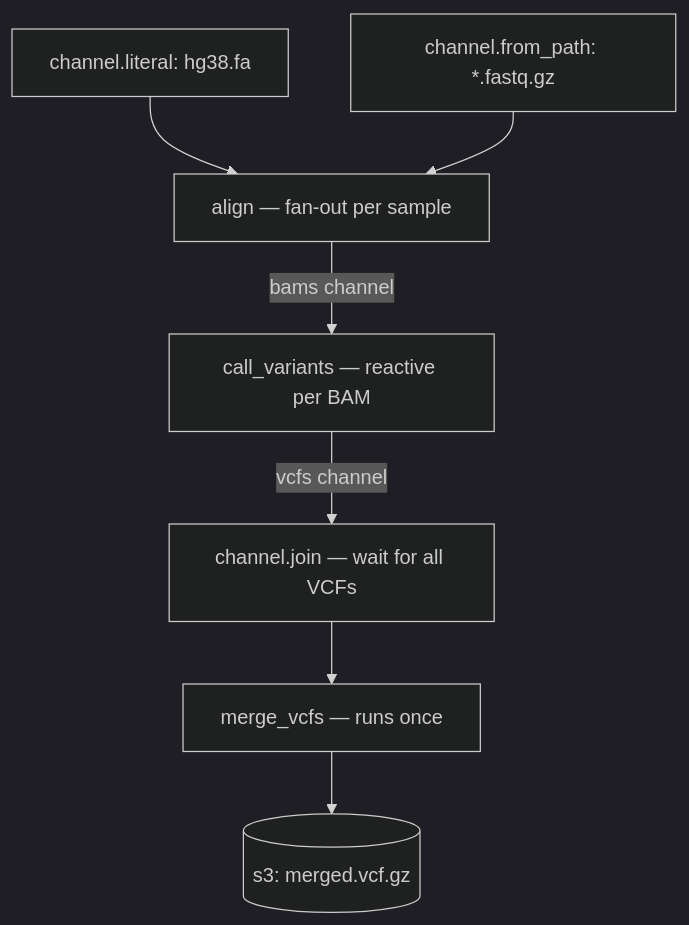
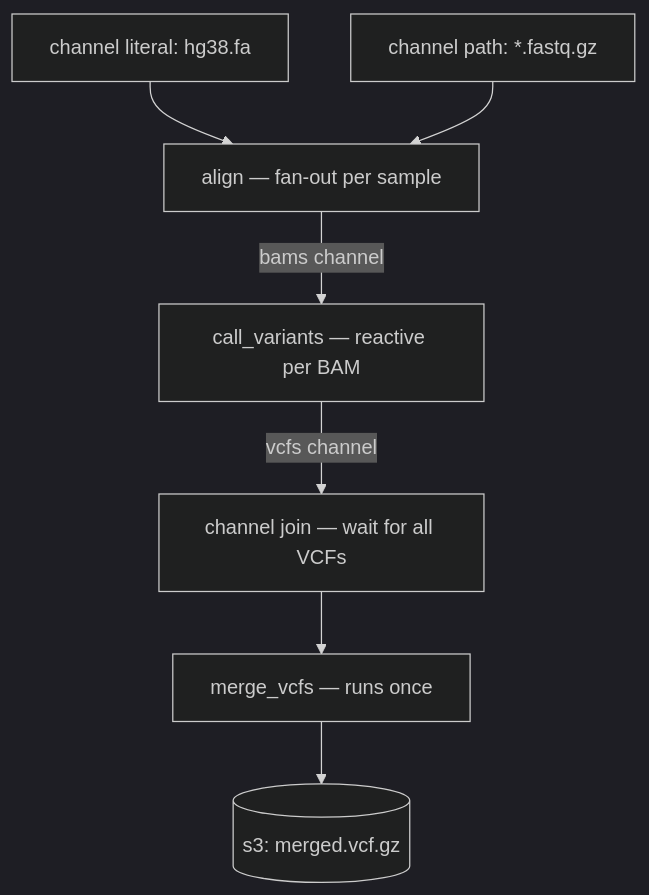
One commit to john-eevee/azoth changed the first of 2 diagrams in docs/dsl/concepts.md. Above: the diagram before and after it, drawn with Mermaid (dark theme). The commit also changed other lines of this file and 13 other files, not shown here.

````diff
--- a/docs/dsl/concepts.md
+++ b/docs/dsl/concepts.md
@@ -231,9 +224,9 @@
 ```mermaid
 graph TD
-    Ref[channel.literal: hg38.fa] --> Align
-    Samples[channel.from_path: *.fastq.gz] --> Align[align — fan-out per sample]
+    Ref[channel literal: hg38.fa] --> Align
+    Samples[channel path: *.fastq.gz] --> Align[align — fan-out per sample]
     Align -->|bams channel| Variants[call_variants — reactive per BAM]
-    Variants -->|vcfs channel| Join[channel.join — wait for all VCFs]
+    Variants -->|vcfs channel| Join[channel join — wait for all VCFs]
     Join --> Merge[merge_vcfs — runs once]
     Merge --> Output[(s3: merged.vcf.gz)]
 ```
````
